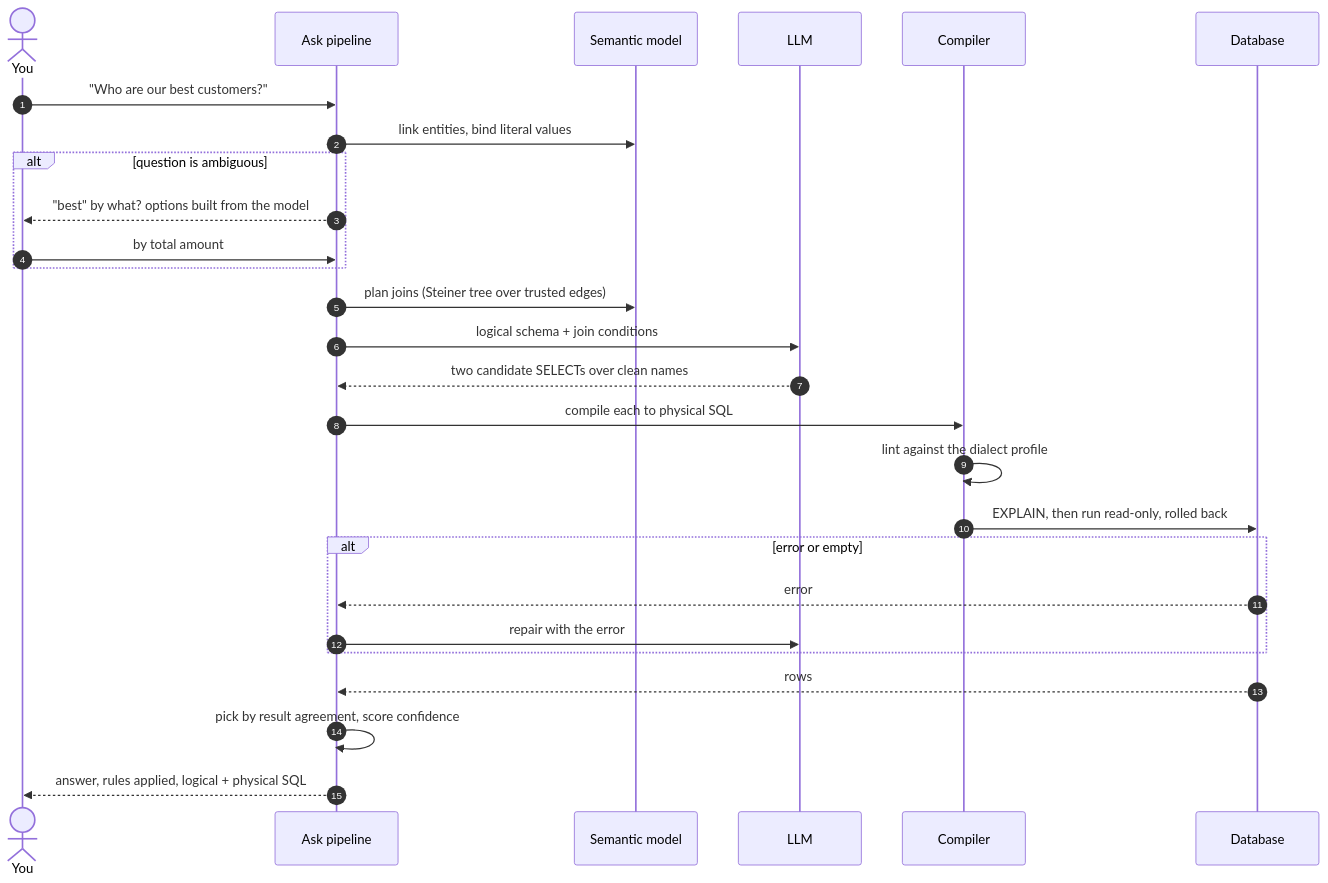
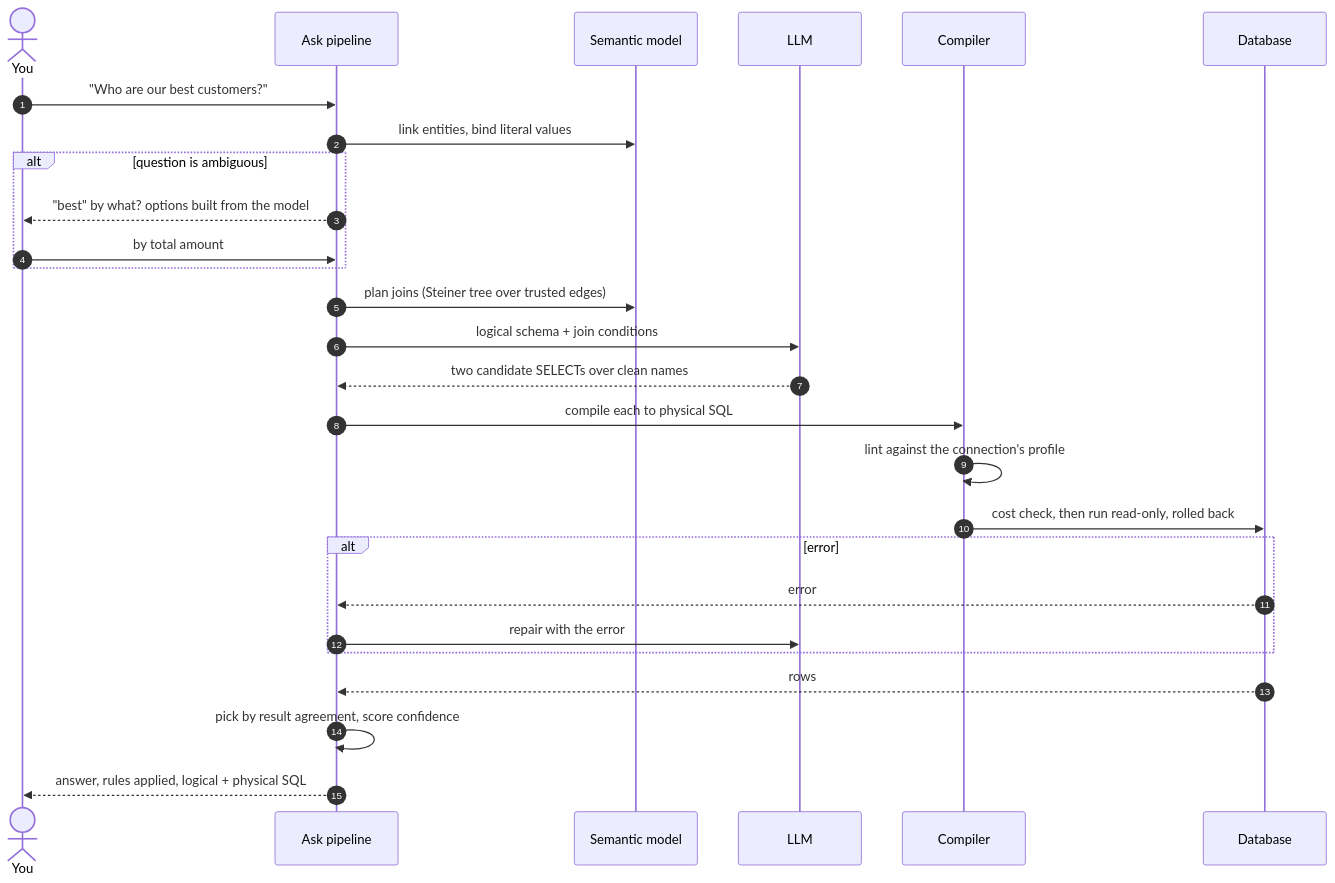
One commit to waleed-w-maqbool-m/stratum changed the fourth of 7 diagrams in README.md. Above: the diagram before and after it, drawn with Mermaid. The commit also changed other lines of this file and 4 other files, not shown here.

````diff
--- a/README.md
+++ b/README.md
@@ -164,30 +158,30 @@
 ```mermaid
 sequenceDiagram
     autonumber
     actor U as You
     participant P as Ask pipeline
     participant M as Semantic model
     participant L as LLM
     participant C as Compiler
     participant D as Database
 
     U->>P: "Who are our best customers?"
     P->>M: link entities, bind literal values
     alt question is ambiguous
         P-->>U: "best" by what? options built from the model
         U->>P: by total amount
     end
     P->>M: plan joins (Steiner tree over trusted edges)
     P->>L: logical schema + join conditions
     L-->>P: two candidate SELECTs over clean names
     P->>C: compile each to physical SQL
-    C->>C: lint against the dialect profile
-    C->>D: EXPLAIN, then run read-only, rolled back
-    alt error or empty
+    C->>C: lint against the connection's profile
+    C->>D: cost check, then run read-only, rolled back
+    alt error
         D-->>P: error
         P->>L: repair with the error
     end
     D-->>P: rows
     P->>P: pick by result agreement, score confidence
     P-->>U: answer, rules applied, logical + physical SQL
 ```
````
